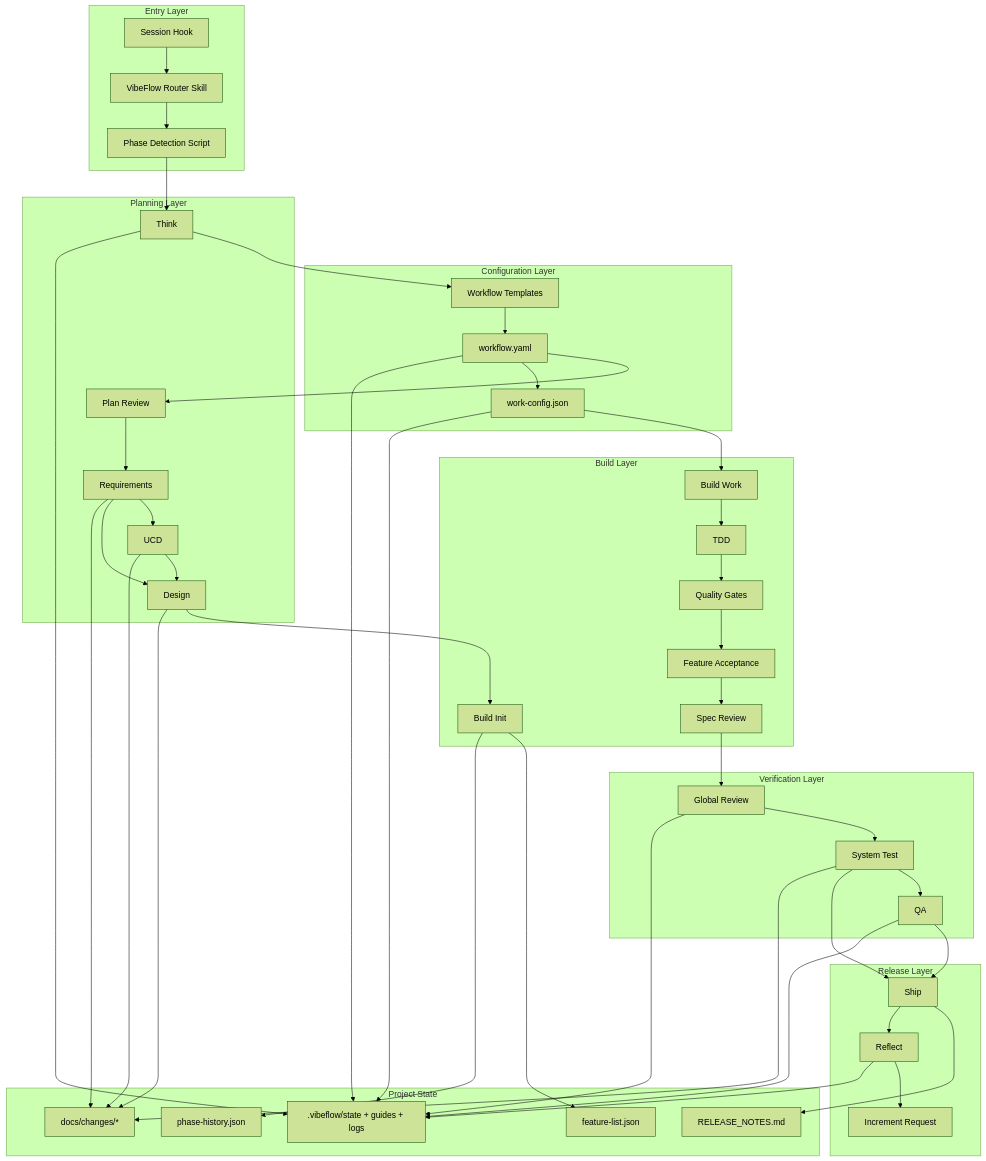
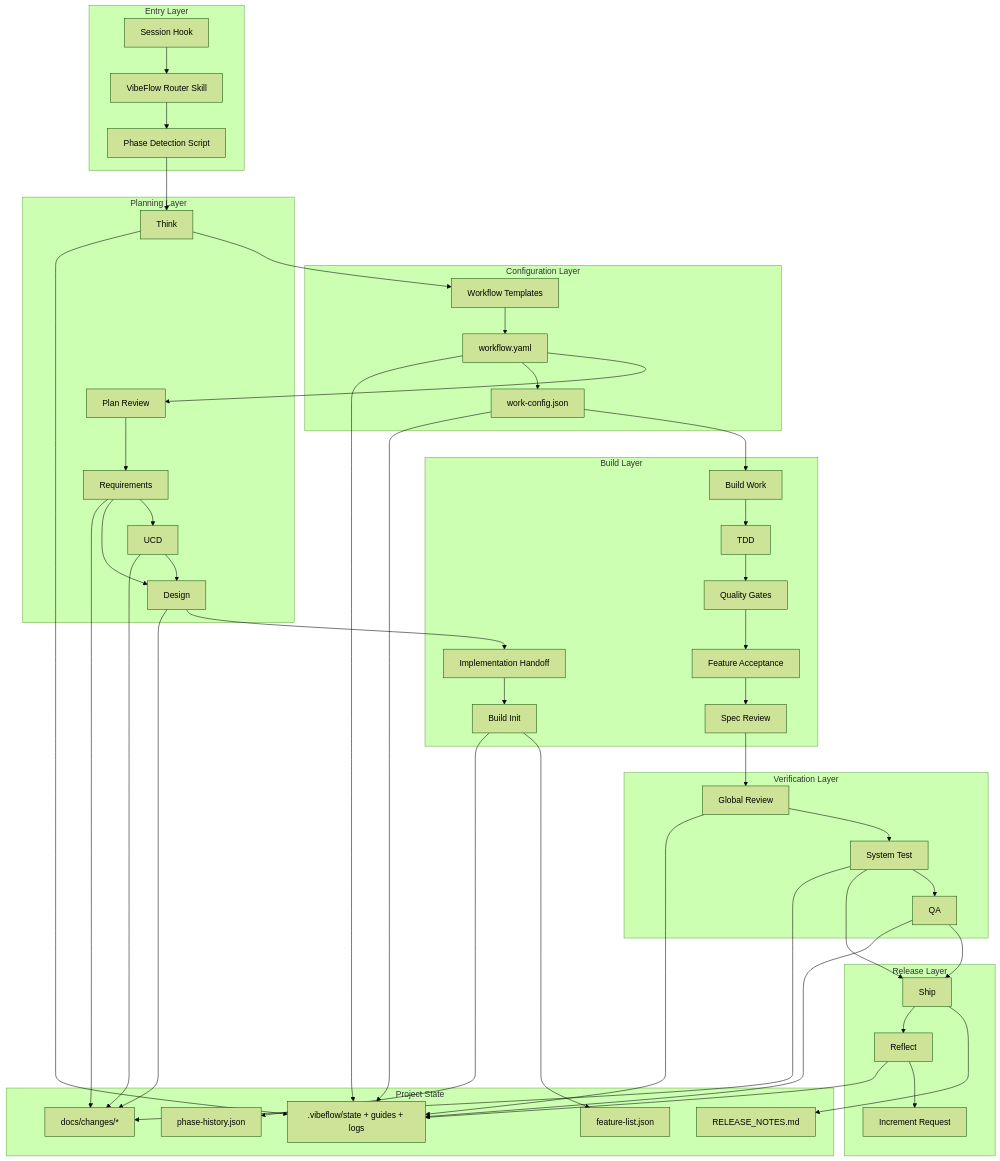
Before and after one commit to ttttstc/vibeflow: the first of 3 diagrams in ARCHITECTURE.md, drawn with Mermaid (forest theme). The commit also changed other lines of this file and 11 other files, not shown here.

```diff
--- a/ARCHITECTURE.md
+++ b/ARCHITECTURE.md
@@ -36,6 +38,7 @@
     end
 
     subgraph Build[Build Layer]
+        B0[Implementation Handoff]
         B1[Build Init]
         B2[Build Work]
         B3[TDD]
@@ -74,7 +77,8 @@
     P3 --> P4
     P3 --> P5
     P4 --> P5
-    P5 --> B1
+    P5 --> B0
+    B0 --> B1
     C2 --> C3
     C3 --> B2
     B1 --> S3
```
